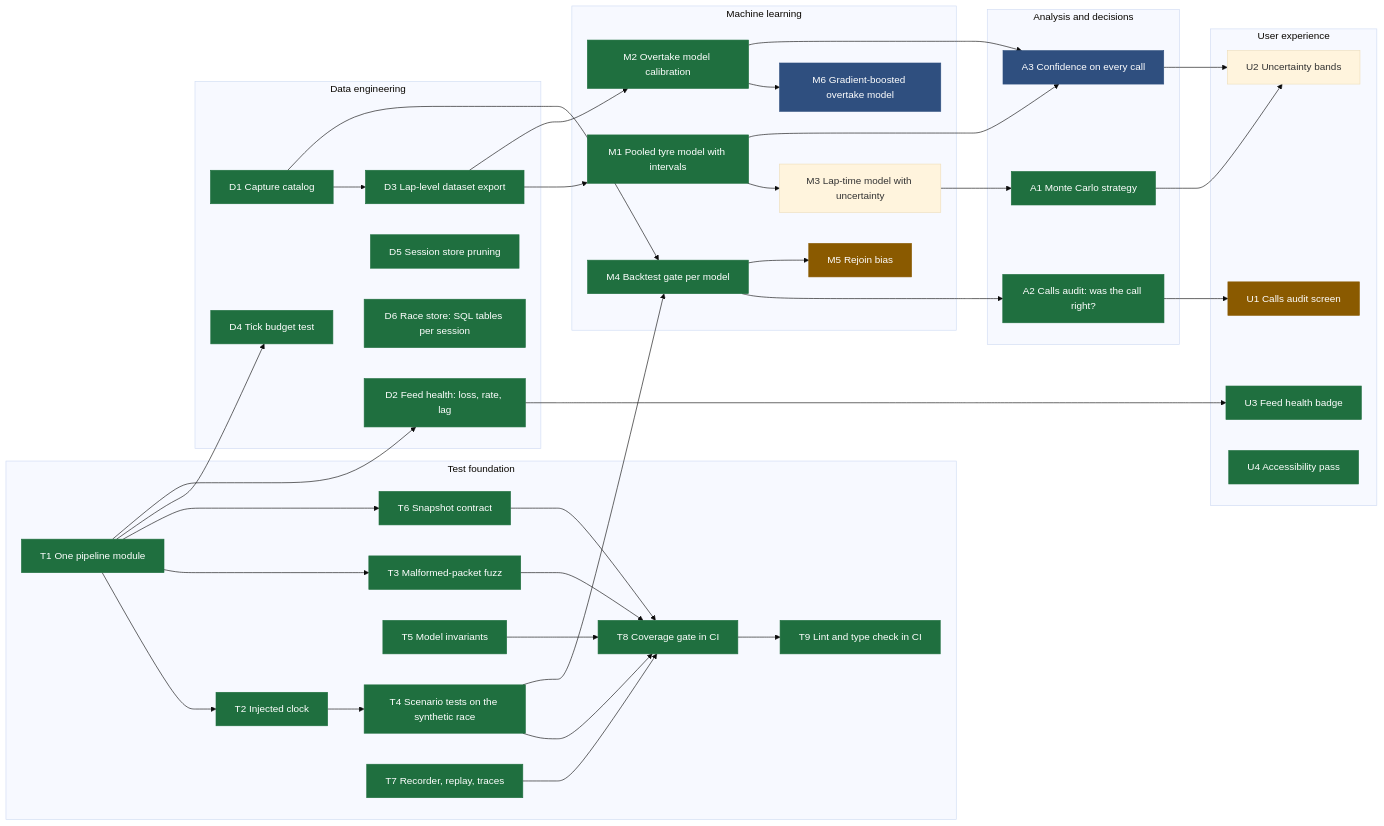
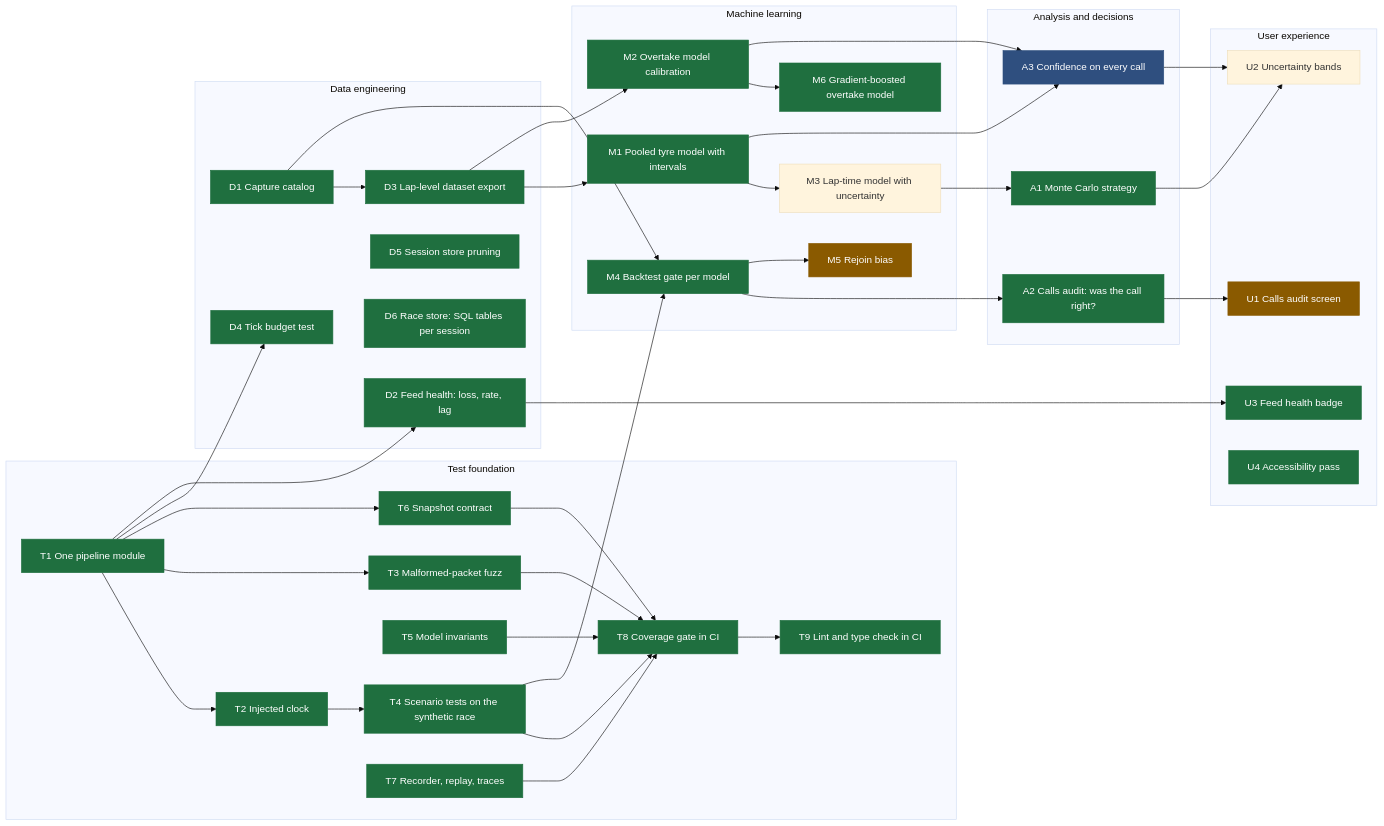
Before and after one commit to srikarnadella/f1-race-engineer: the diagram in docs/roadmap.md, drawn with Mermaid (base theme). The commit also changed other lines of this file and 21 other files, not shown here.

First line of the commit message:
The app runs the LightGBM overtake model

````diff
--- a/docs/roadmap.md
+++ b/docs/roadmap.md
@@ -8,61 +8,61 @@
 ```mermaid
 flowchart LR
   classDef done fill:#1f6f3f,color:#fff,stroke:#1f6f3f
   classDef next fill:#8a5a00,color:#fff,stroke:#8a5a00
   classDef part fill:#2f4f7f,color:#fff,stroke:#2f4f7f
 
   subgraph T[Test foundation]
     T1[T1 One pipeline module]:::done
     T2[T2 Injected clock]:::done
     T3[T3 Malformed-packet fuzz]:::done
     T4[T4 Scenario tests on the synthetic race]:::done
     T5[T5 Model invariants]:::done
     T6[T6 Snapshot contract]:::done
     T7[T7 Recorder, replay, traces]:::done
     T8[T8 Coverage gate in CI]:::done
     T9[T9 Lint and type check in CI]:::done
   end
   subgraph D[Data engineering]
     D1[D1 Capture catalog]:::done
     D2[D2 Feed health: loss, rate, lag]:::done
     D3[D3 Lap-level dataset export]:::done
     D4[D4 Tick budget test]:::done
     D5[D5 Session store pruning]:::done
     D6[D6 Race store: SQL tables per session]:::done
   end
   subgraph M[Machine learning]
     M1[M1 Pooled tyre model with intervals]:::done
     M2[M2 Overtake model calibration]:::done
     M3[M3 Lap-time model with uncertainty]
     M4[M4 Backtest gate per model]:::done
     M5[M5 Rejoin bias]:::next
-    M6[M6 Gradient-boosted overtake model]:::part
+    M6[M6 Gradient-boosted overtake model]:::done
   end
   subgraph A[Analysis and decisions]
     A1[A1 Monte Carlo strategy]:::done
     A2[A2 Calls audit: was the call right?]:::done
     A3[A3 Confidence on every call]:::part
   end
   subgraph U[User experience]
     U1[U1 Calls audit screen]:::next
     U2[U2 Uncertainty bands]
     U3[U3 Feed health badge]:::done
     U4[U4 Accessibility pass]:::done
   end
 
   T1 --> T2 --> T4
   T1 --> T3
   T1 --> T6
   T1 --> D4
   T3 & T4 & T5 & T6 & T7 --> T8
   T8 --> T9
   T1 --> D2 --> U3
   D1 --> D3
   D3 --> M1 & M2
   M1 --> M3 --> A1
   D1 & T4 --> M4 --> A2 --> U1
   M4 --> M5
   M2 --> M6
   M1 & M2 --> A3 --> U2
   A1 --> U2
 ```
````
